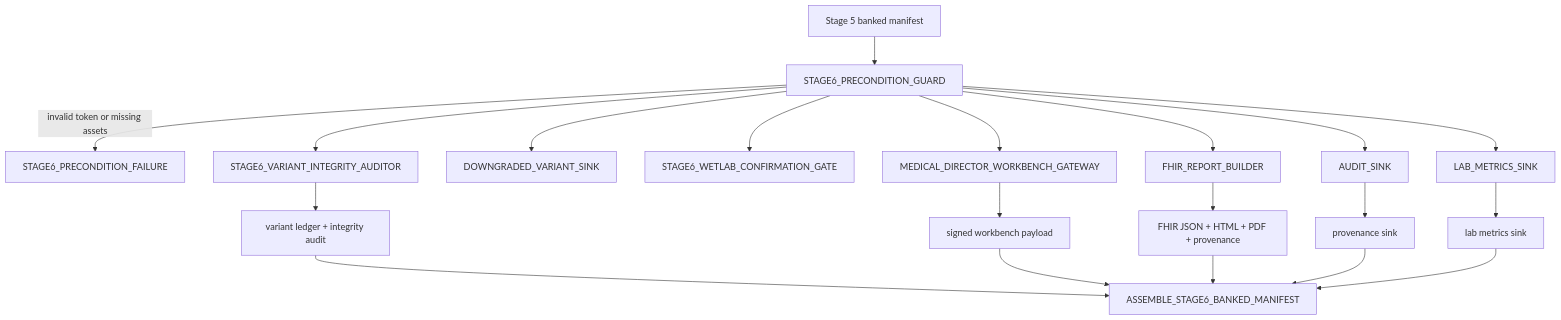
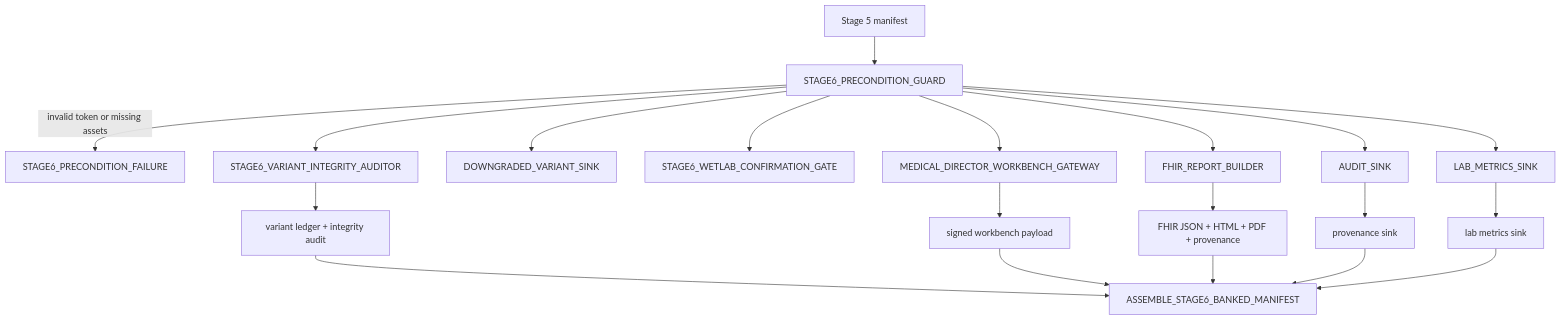
The diagram in Stage_6_Clinical_Reporting_Workbench_Gateway/README.md (jmorganknight/nf_Gen_Var_Pipe), drawn with Mermaid before and after one commit. The commit also changed other lines of this file and 13 other files, not shown here.

````diff
--- a/Stage_6_Clinical_Reporting_Workbench_Gateway/README.md
+++ b/Stage_6_Clinical_Reporting_Workbench_Gateway/README.md
@@ -29,24 +29,24 @@
 ```mermaid
 flowchart TD
-  A["Stage 5 banked manifest"] --> B["STAGE6_PRECONDITION_GUARD"]
+  A["Stage 5 manifest"] --> B["STAGE6_PRECONDITION_GUARD"]
   B -->|invalid token or missing assets| R["STAGE6_PRECONDITION_FAILURE"]
   B --> C["STAGE6_VARIANT_INTEGRITY_AUDITOR"]
   B --> D["DOWNGRADED_VARIANT_SINK"]
   B --> E["STAGE6_WETLAB_CONFIRMATION_GATE"]
   B --> F["MEDICAL_DIRECTOR_WORKBENCH_GATEWAY"]
   B --> G["FHIR_REPORT_BUILDER"]
   B --> H["AUDIT_SINK"]
   B --> I["LAB_METRICS_SINK"]
 
   C --> J["variant ledger + integrity audit"]
   F --> K["signed workbench payload"]
   G --> L["FHIR JSON + HTML + PDF + provenance"]
   H --> M["provenance sink"]
   I --> N["lab metrics sink"]
 
   J --> O["ASSEMBLE_STAGE6_BANKED_MANIFEST"]
     K --> O
     L --> O
     M --> O
     N --> O
 ```
````
